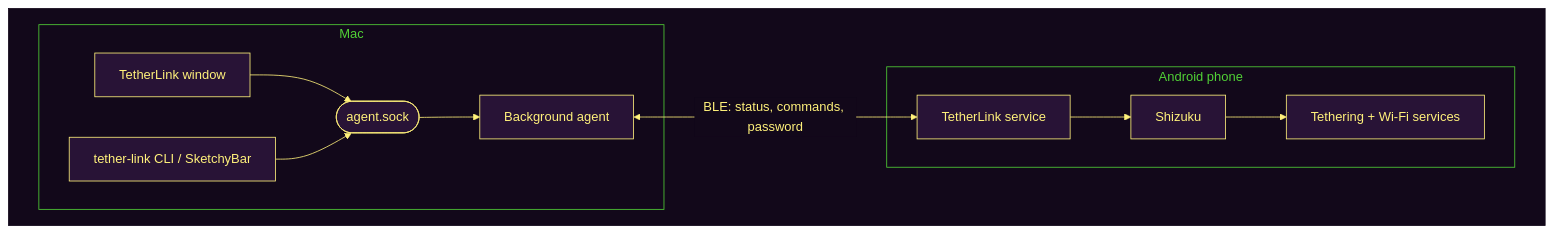
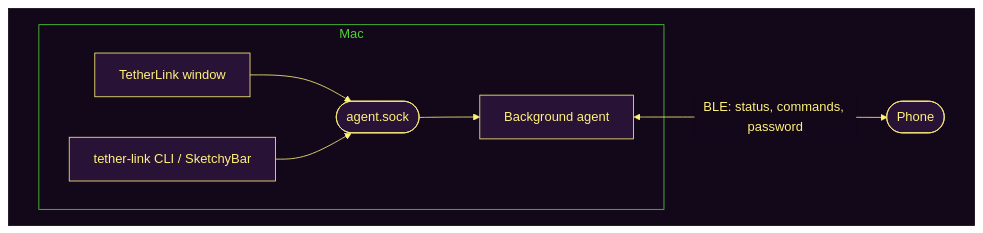
Before and after one commit to xav-ie/Tetherbug: the second of 3 diagrams in README.md, drawn with Mermaid. The commit also changed other lines of this file, not shown here.

Commit message:
docs: split the pieces diagram into Mac and phone halves
Each half shows its own components, with the other device as a single node across the BLE link.

````diff
--- a/README.md
+++ b/README.md
@@ -53,24 +55,19 @@
 ```mermaid
 %%{init: {'theme': 'base', 'themeVariables': {'fontFamily': 'Helvetica, Arial, sans-serif', 'primaryColor': '#281336', 'primaryTextColor': '#fff17b', 'primaryBorderColor': '#fff17b', 'lineColor': '#fff17b', 'textColor': '#fff17b', 'clusterBkg': '#12081a', 'clusterBorder': '#51d136', 'titleColor': '#51d136', 'edgeLabelBackground': '#12081a', 'actorBkg': '#281336', 'actorBorder': '#fff17b', 'actorTextColor': '#fff17b', 'actorLineColor': '#fff17b', 'signalColor': '#fff17b', 'signalTextColor': '#fff17b', 'noteBkgColor': '#281336', 'noteTextColor': '#51d136', 'noteBorderColor': '#51d136'}}}%%
 flowchart LR
     subgraph frame [" "]
         direction LR
         subgraph mac [Mac]
             window[TetherLink window]
             cli[tether-link CLI / SketchyBar]
+            sock([agent.sock])
             agent[Background agent]
-            sock([agent.sock])
             window --> sock
             cli --> sock
             sock --> agent
         end
-        subgraph phone [Android phone]
-            service[TetherLink service]
-            shizuku[Shizuku]
-            tethering[Tethering + Wi-Fi services]
-            service --> shizuku --> tethering
-        end
-        agent <-- "BLE: status, commands, password" --> service
+        phone([Phone])
+        agent <-- "BLE: status, commands, password" --> phone
     end
     style frame fill:#12081a,stroke:#12081a
 ```
````
